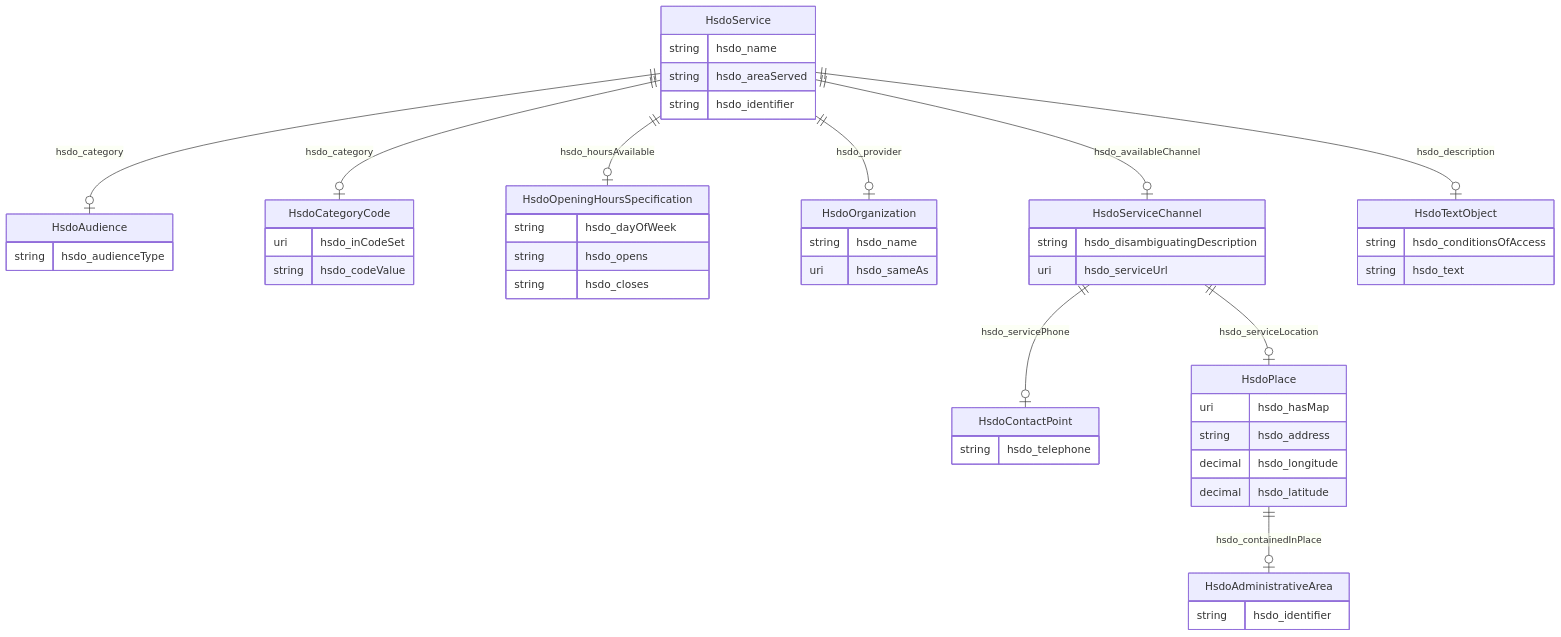
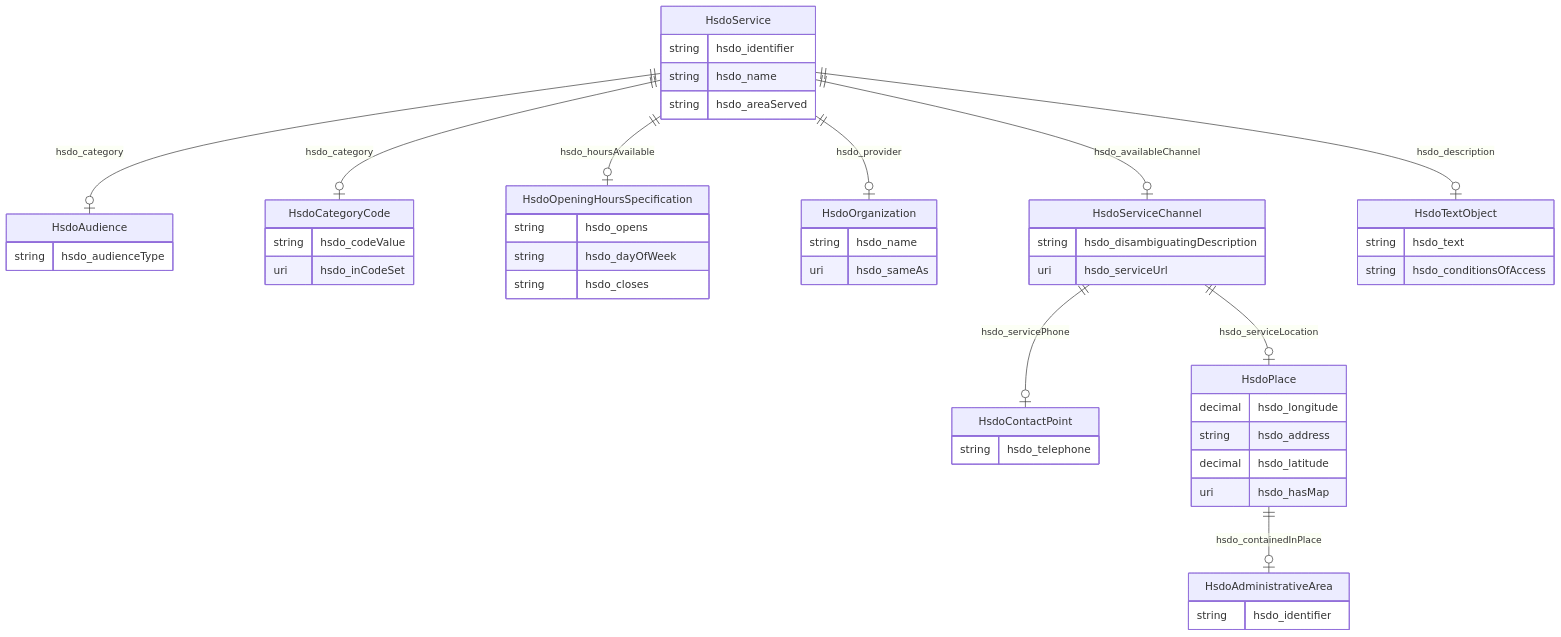
The diagram in kg-name/README.md (frink-okn/graph-descriptions), drawn with Mermaid before and after one commit. The commit also changed other lines of this file and 9 other files, not shown here.

````diff
--- a/kg-name/README.md
+++ b/kg-name/README.md
@@ -9,55 +9,55 @@
 ```mermaid
 erDiagram
 HsdoAdministrativeArea {
     string hsdo_identifier  
 }
 HsdoAudience {
     string hsdo_audienceType  
 }
 HsdoCategoryCode {
+    string hsdo_codeValue  
     uri hsdo_inCodeSet  
-    string hsdo_codeValue  
 }
 HsdoContactPoint {
     string hsdo_telephone  
 }
 HsdoOpeningHoursSpecification {
+    string hsdo_opens  
     string hsdo_dayOfWeek  
-    string hsdo_opens  
     string hsdo_closes  
 }
 HsdoOrganization {
     string hsdo_name  
     uri hsdo_sameAs  
 }
 HsdoPlace {
+    decimal hsdo_longitude  
+    string hsdo_address  
+    decimal hsdo_latitude  
     uri hsdo_hasMap  
-    string hsdo_address  
-    decimal hsdo_longitude  
-    decimal hsdo_latitude  
 }
 HsdoService {
+    string hsdo_identifier  
     string hsdo_name  
     string hsdo_areaServed  
-    string hsdo_identifier  
 }
 HsdoServiceChannel {
     string hsdo_disambiguatingDescription  
     uri hsdo_serviceUrl  
 }
 HsdoTextObject {
+    string hsdo_text  
     string hsdo_conditionsOfAccess  
-    string hsdo_text  
 }
 
 HsdoPlace ||--|o HsdoAdministrativeArea : "hsdo_containedInPlace"
+HsdoService ||--|o HsdoServiceChannel : "hsdo_availableChannel"
+HsdoService ||--|o HsdoOrganization : "hsdo_provider"
 HsdoService ||--|o HsdoTextObject : "hsdo_description"
-HsdoService ||--|o HsdoOrganization : "hsdo_provider"
+HsdoService ||--|o HsdoCategoryCode : "hsdo_category"
+HsdoService ||--|o HsdoAudience : "hsdo_category"
 HsdoService ||--|o HsdoOpeningHoursSpecification : "hsdo_hoursAvailable"
-HsdoService ||--|o HsdoServiceChannel : "hsdo_availableChannel"
-HsdoService ||--|o HsdoAudience : "hsdo_category"
-HsdoService ||--|o HsdoCategoryCode : "hsdo_category"
 HsdoServiceChannel ||--|o HsdoContactPoint : "hsdo_servicePhone"
 HsdoServiceChannel ||--|o HsdoPlace : "hsdo_serviceLocation"
 
 ```
````
